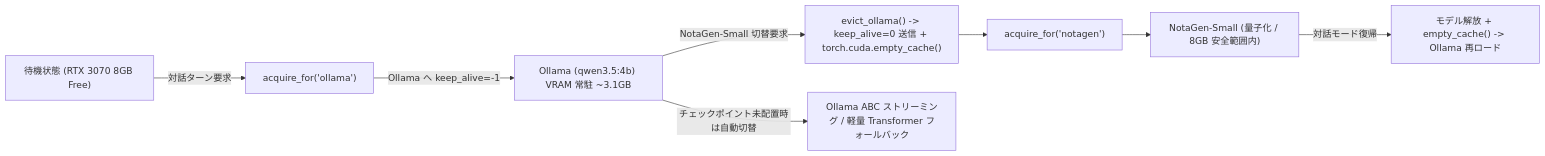
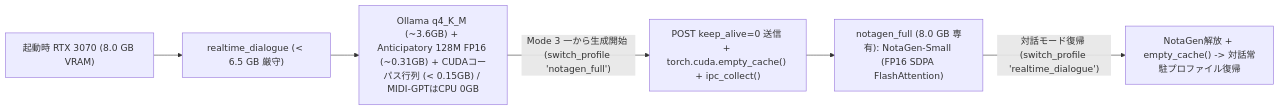
One commit to AI-Avalon/Disklavier-Auto changed the second of 4 diagrams in README.md. Above: the diagram before and after it, drawn with Mermaid. The commit also changed other lines of this file and 66 other files, not shown here.

Commit message:
feat: integrate NotaGen-Small/Anticipatory/MIDI-GPT engines, RTX 3070 dual-VRAM profiles, 5-rule editorial UI and smartphone UI

````diff
--- a/README.md
+++ b/README.md
@@ -61,10 +83,8 @@
 ```mermaid
 flowchart LR
-    Idle["待機状態 (RTX 3070 8GB Free)"] -->|"対話ターン要求"| AcqOllama["acquire_for('ollama')"]
-    AcqOllama -->|"Ollama へ keep_alive=-1"| OllamaActive["Ollama (qwen3.5:4b) VRAM 常駐 ~3.1GB"]
-    OllamaActive -->|"NotaGen-Small 切替要求"| EvictO["evict_ollama() -> keep_alive=0 送信 + torch.cuda.empty_cache()"]
-    EvictO --> AcqNota["acquire_for('notagen')"]
-    AcqNota --> NotaActive["NotaGen-Small (量子化 / 8GB 安全範囲内)"]
-    NotaActive -->|"対話モード復帰"| EvictN["モデル解放 + empty_cache() -> Ollama 再ロード"]
-    OllamaActive -->|"チェックポイント未配置時は自動切替"| AbcStream["Ollama ABC ストリーミング / 軽量 Transformer フォールバック"]
+    Boot["起動時 RTX 3070 (8.0 GB VRAM)"] --> RT["realtime_dialogue (< 6.5 GB 厳守)"]
+    RT --> RTDetail["Ollama q4_K_M (~3.6GB) + Anticipatory 128M FP16 (~0.31GB) + CUDAコーパス行列 (< 0.15GB) / MIDI-GPTはCPU 0GB"]
+    RTDetail -->|"Mode 3 一から生成開始 (switch_profile 'notagen_full')"| EvictO["POST keep_alive=0 送信 + torch.cuda.empty_cache() + ipc_collect()"]
+    EvictO --> NG["notagen_full (8.0 GB 専有): NotaGen-Small (FP16 SDPA FlashAttention)"]
+    NG -->|"対話モード復帰 (switch_profile 'realtime_dialogue')"| EvictN["NotaGen解放 + empty_cache() -> 対話常駐プロファイル復帰"]
 ```
````
